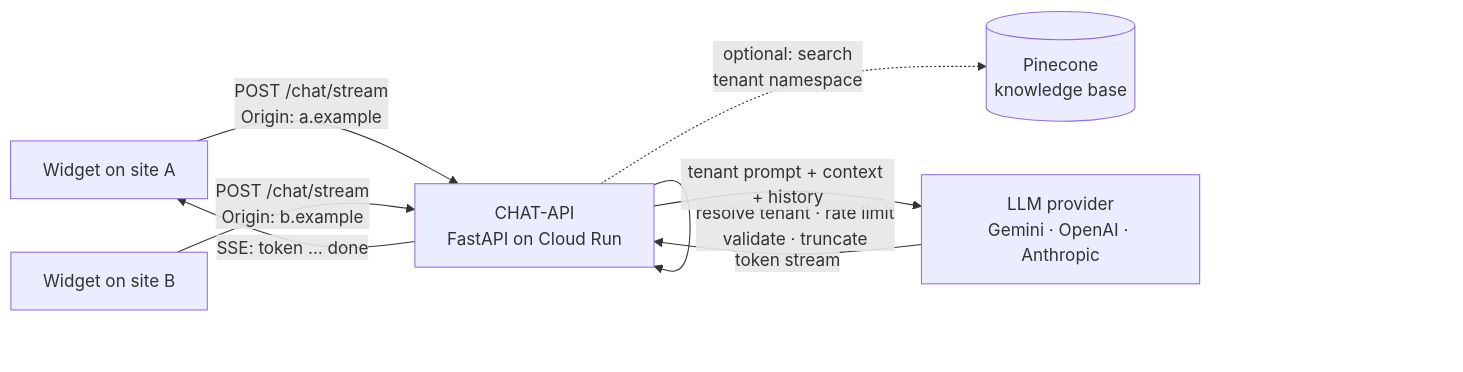
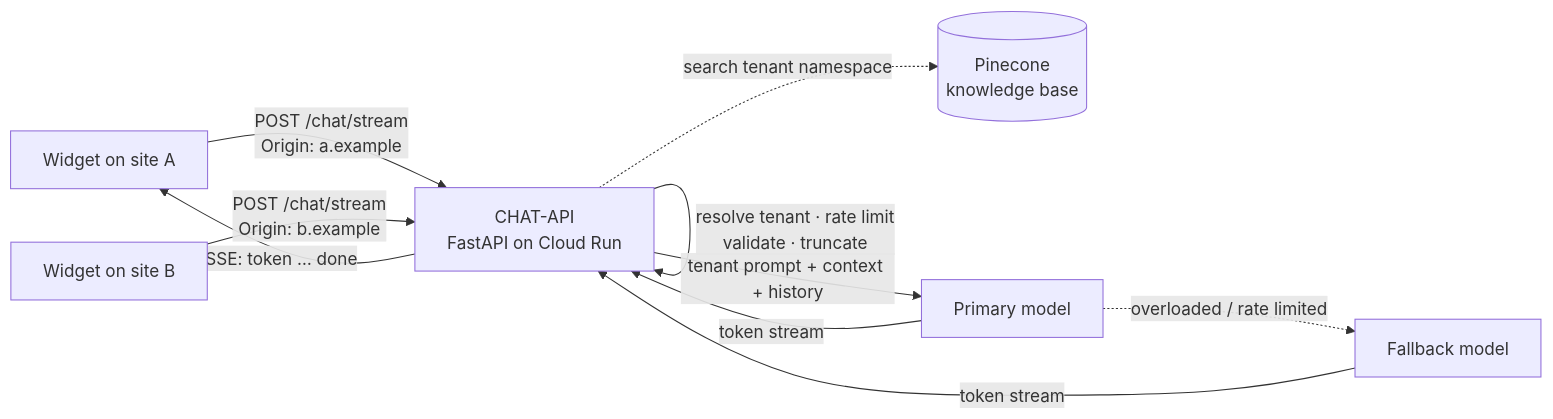
Before and after one commit to UAACC/CHAT-API: the first of 2 diagrams in README.md, drawn with Mermaid. The commit also changed other lines of this file and 9 other files, not shown here.

First line of the commit message:
Present the project: README with demo, screenshots, metrics and diagrams

````diff
--- a/README.md
+++ b/README.md
@@ -44,10 +74,12 @@
 ```mermaid
 flowchart LR
     W1[Widget on site A] -- "POST /chat/stream<br/>Origin: a.example" --> A[CHAT-API<br/>FastAPI on Cloud Run]
     W2[Widget on site B] -- "POST /chat/stream<br/>Origin: b.example" --> A
     A -- "resolve tenant · rate limit<br/>validate · truncate" --> A
-    A -. "optional: search<br/>tenant namespace" .-> P[(Pinecone<br/>knowledge base)]
-    A -- "tenant prompt + context + history" --> L[LLM provider<br/>Gemini · OpenAI · Anthropic]
+    A -. "search tenant namespace" .-> P[(Pinecone<br/>knowledge base)]
+    A -- "tenant prompt + context + history" --> L[Primary model]
+    L -. "overloaded / rate limited" .-> F[Fallback model]
     L -- "token stream" --> A
+    F -- "token stream" --> A
     A -- "SSE: token … done" --> W1
 ```
````
